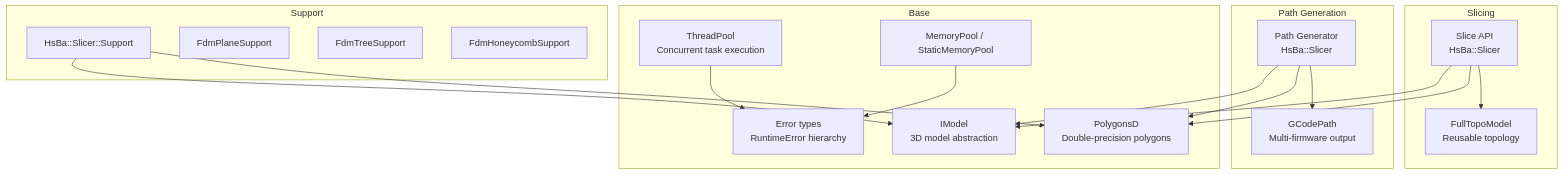
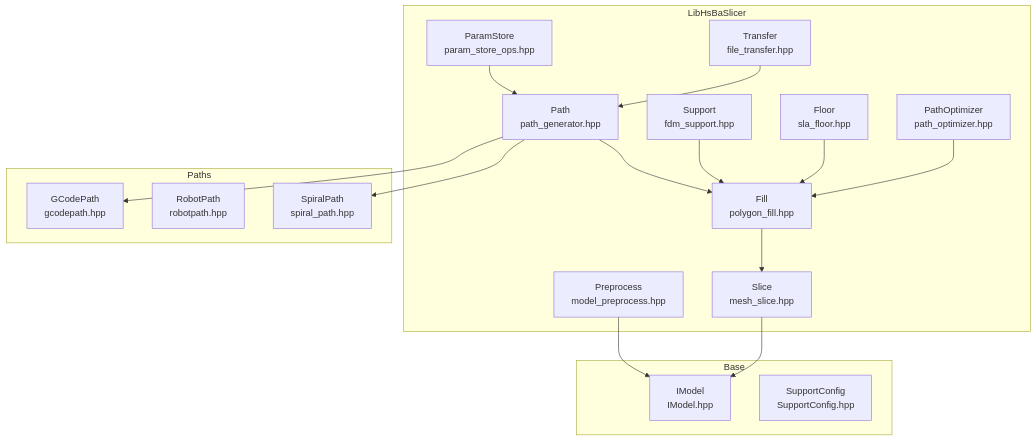
One commit to hsmbanlance/HsBaSlicer changed the first of 12 diagrams in .qoder/repowiki/en/content/API Reference/C++ Library API/C++ Library API.md. Above: the diagram before and after it, drawn with Mermaid. The commit also changed other lines of this file and 1095 other files, not shown here.

````diff
--- a/.qoder/repowiki/en/content/API Reference/C++ Library API/C++ Library API.md
+++ b/.qoder/repowiki/en/content/API Reference/C++ Library API/C++ Library API.md
@@ -49,34 +57,34 @@
 ```mermaid
 graph TB
-subgraph "Slicing"
-SliceAPI["Slice API<br/>HsBa::Slicer"]
-Topo["FullTopoModel<br/>Reusable topology"]
+subgraph "LibHsBaSlicer"
+PP["Preprocess<br/>model_preprocess.hpp"]
+SL["Slice<br/>mesh_slice.hpp"]
+PF["Fill<br/>polygon_fill.hpp"]
+PG["Path<br/>path_generator.hpp"]
+SO["Support<br/>fdm_support.hpp"]
+FL["Floor<br/>sla_floor.hpp"]
+PS["ParamStore<br/>param_store_ops.hpp"]
+FT["Transfer<br/>file_transfer.hpp"]
+PO["PathOptimizer<br/>path_optimizer.hpp"]
 end
-subgraph "Path Generation"
-PathGen["Path Generator<br/>HsBa::Slicer"]
-GCodePath["GCodePath<br/>Multi-firmware output"]
-end
-subgraph "Support"
-SupportNS["HsBa::Slicer::Support"]
-PlaneSup["FdmPlaneSupport"]
-TreeSup["FdmTreeSupport"]
-HoneySup["FdmHoneycombSupport"]
+subgraph "Paths"
+GC["GCodePath<br/>gcodepath.hpp"]
+RP["RobotPath<br/>robotpath.hpp"]
+SP["SpiralPath<br/>spiral_path.hpp"]
 end
 subgraph "Base"
-IModel["IModel<br/>3D model abstraction"]
-Polygons["PolygonsD<br/>Double-precision polygons"]
-Errors["Error types<br/>RuntimeError hierarchy"]
-ThreadPool["ThreadPool<br/>Concurrent task execution"]
-MemPool["MemoryPool / StaticMemoryPool"]
+IM["IModel<br/>IModel.hpp"]
+SC["SupportConfig<br/>SupportConfig.hpp"]
 end
-SliceAPI --> Topo
-SliceAPI --> Polygons
-PathGen --> GCodePath
-PathGen --> Polygons
-SupportNS --> Polygons
-SupportNS --> IModel
-SliceAPI --> IModel
-PathGen --> IModel
-ThreadPool --> Errors
-MemPool --> Errors
+PP --> IM
+SL --> IM
+PF --> SL
+PG --> PF
+PG --> GC
+PG --> SP
+SO --> PF
+FL --> PF
+PS --> PG
+FT --> PG
+PO --> PF
 ```
````
